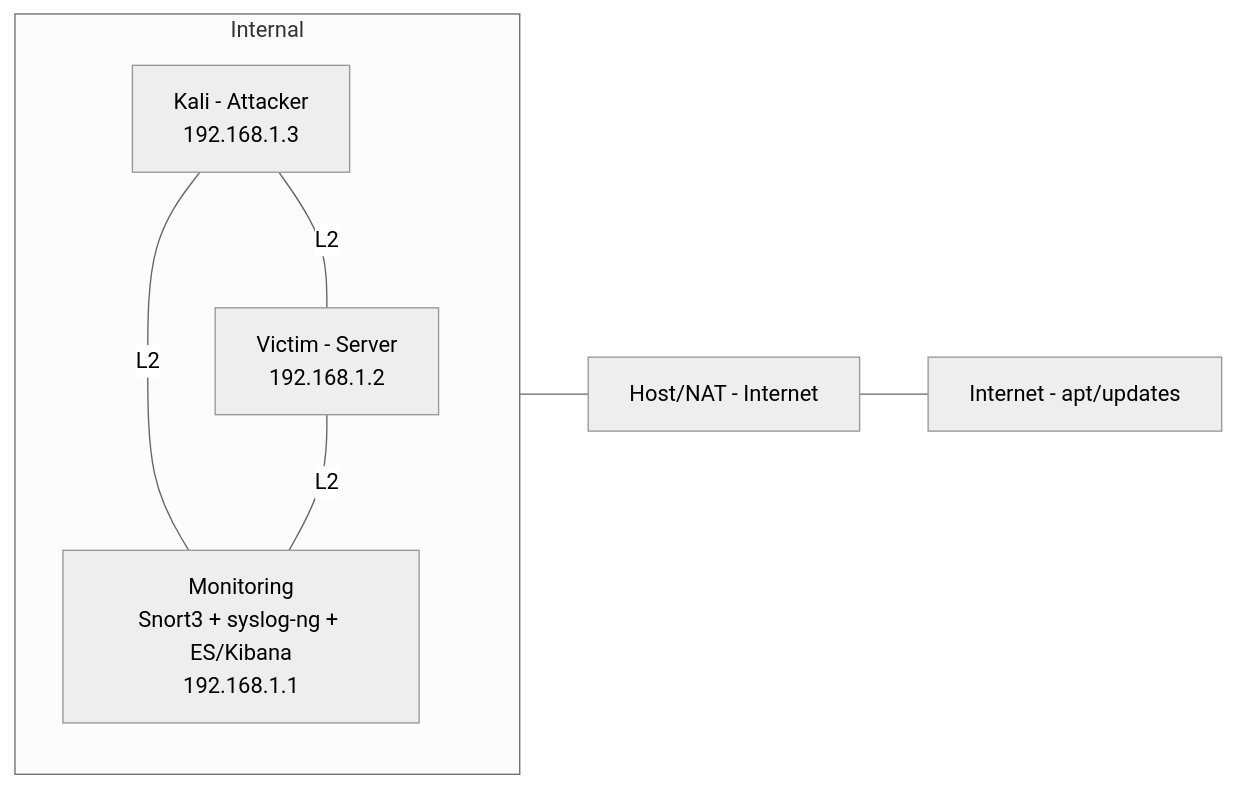
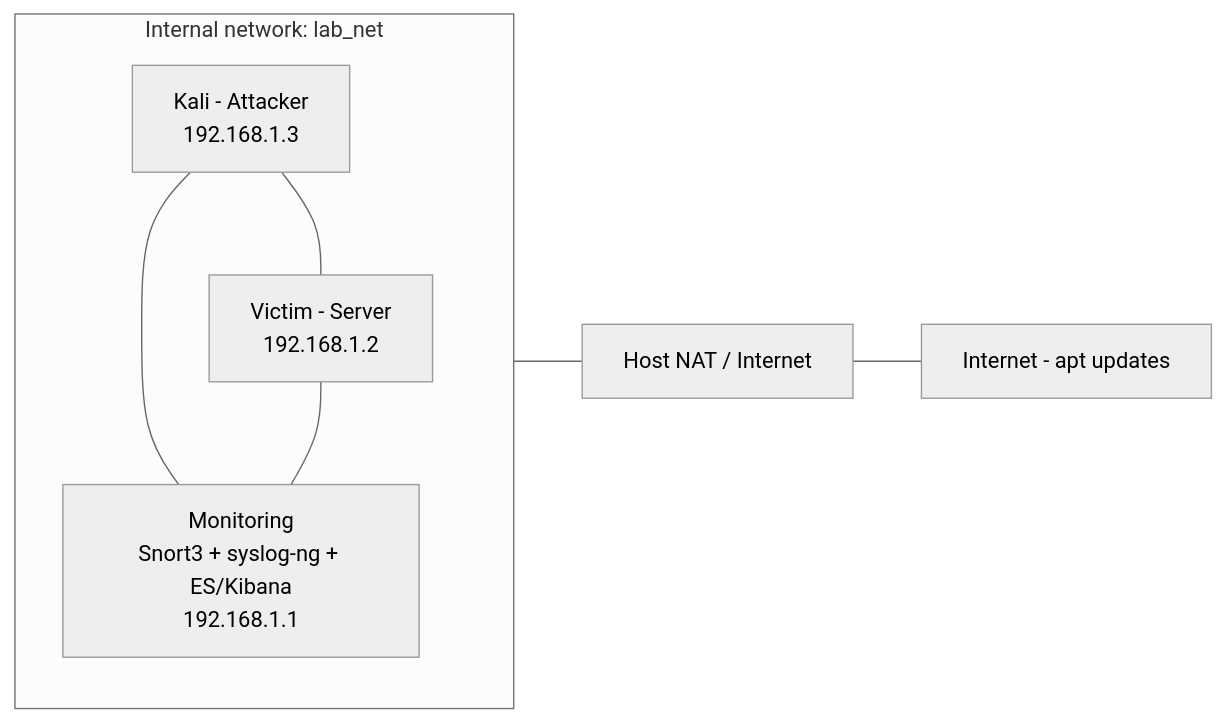
One commit to lixt28/8INF857_Projet1 changed the first of 2 diagrams in docs/architecture.md. Above: the diagram before and after it, drawn with Mermaid (neutral theme). The commit also changed other lines of this file, not shown here.

````diff
--- a/docs/architecture.md
+++ b/docs/architecture.md
@@ -9,15 +20,16 @@
 ```mermaid
 flowchart LR
-  subgraph Internal
+  subgraph LABNET["Internal network: lab_net"]
     direction TB
     Attacker["Kali - Attacker\n192.168.1.3"]
     Victim["Victim - Server\n192.168.1.2"]
     Monitoring["Monitoring\nSnort3 + syslog-ng + ES/Kibana\n192.168.1.1"]
   end
 
-  Attacker ---|L2| Victim
-  Attacker ---|L2| Monitoring
-  Victim ---|L2| Monitoring
-  Monitoring --- HostMgmt["Host/NAT - Internet"]
-  HostMgmt --- Internet["Internet - apt/updates"]
+  Attacker --- Victim
+  Attacker --- Monitoring
+  Victim --- Monitoring
+
+  Monitoring --- HostNAT["Host NAT / Internet"]
+  HostNAT --- Internet["Internet - apt updates"]
 ```
````
